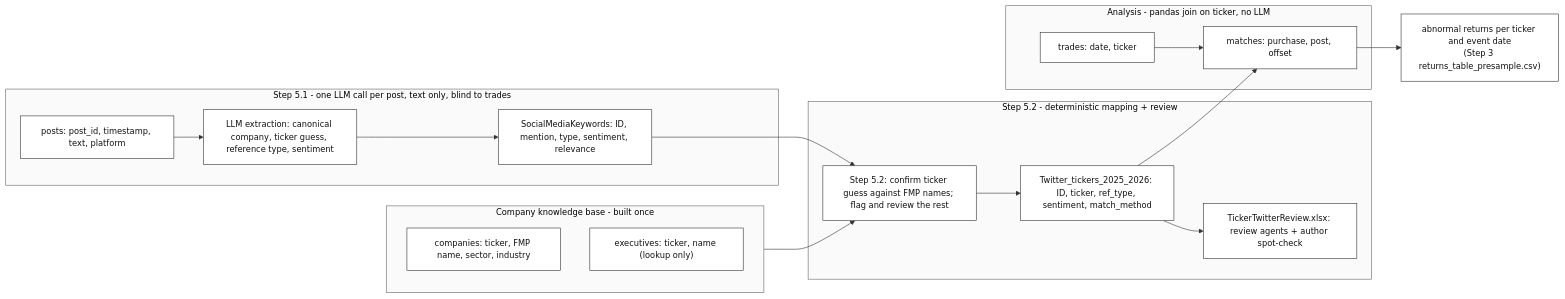
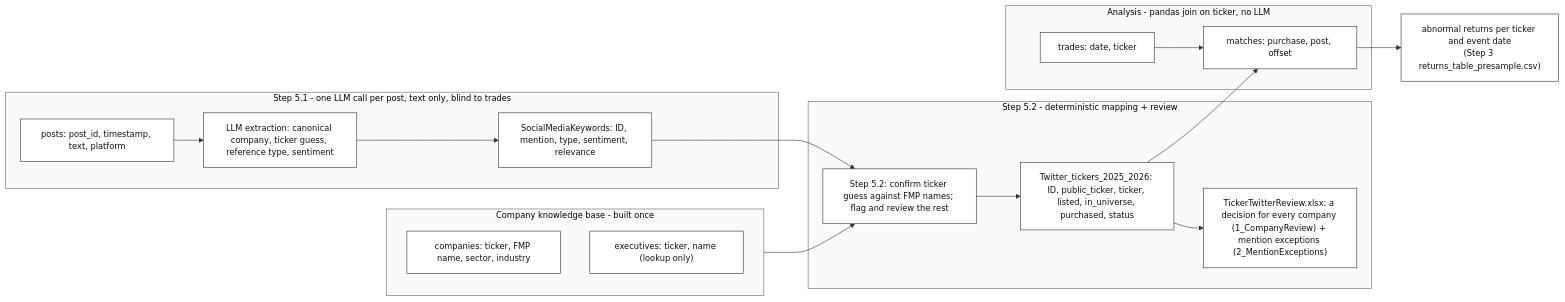
Before and after one commit to Steven-McQueen/MasterDataHandling: the second of 3 diagrams in README.md, drawn with Mermaid. The commit also changed other lines of this file and 9 other files, not shown here.

````diff
--- a/README.md
+++ b/README.md
@@ -923,31 +936,31 @@
 ```mermaid
 %%{init: {"theme": "base", "themeVariables": {"primaryColor": "#ffffff", "primaryTextColor": "#111111", "primaryBorderColor": "#333333", "lineColor": "#333333", "secondaryColor": "#f4f4f4", "tertiaryColor": "#ffffff", "clusterBkg": "#fafafa", "clusterBorder": "#666666", "fontFamily": "Arial, Helvetica, sans-serif", "fontSize": "14px"}}}%%
 flowchart LR
     subgraph kb ["Company knowledge base - built once"]
         companies["companies: ticker, FMP name, sector, industry"]
         execs["executives: ticker, name (lookup only)"]
     end
  
     subgraph postStage ["Step 5.1 - one LLM call per post, text only, blind to trades"]
         posts["posts: post_id, timestamp, text, platform"]
         extract["LLM extraction: canonical company, ticker guess, reference type, sentiment"]
         postEntities["SocialMediaKeywords: ID, mention, type, sentiment, relevance"]
     end
  
     subgraph resolve ["Step 5.2 - deterministic mapping + review"]
         resolver["Step 5.2: confirm ticker guess against FMP names; flag and review the rest"]
-        postTickers["Twitter_tickers_2025_2026: ID, ticker, ref_type, sentiment, match_method"]
-        check["TickerTwitterReview.xlsx: review agents + author spot-check"]
+        postTickers["Twitter_tickers_2025_2026: ID, public_ticker, ticker, listed, in_universe, purchased, status"]
+        check["TickerTwitterReview.xlsx: a decision for every company (1_CompanyReview) + mention exceptions (2_MentionExceptions)"]
     end
  
     subgraph joinStage ["Analysis - pandas join on ticker, no LLM"]
         trades["trades: date, ticker"]
         matches["matches: purchase, post, offset"]
     end
  
     posts --> extract --> postEntities --> resolver --> postTickers --> matches
     postTickers --> check
     kb --> resolver
     trades --> matches
     matches --> returns["abnormal returns per ticker and event date<br/>(Step 3 returns_table_presample.csv)"]
 ```
````
